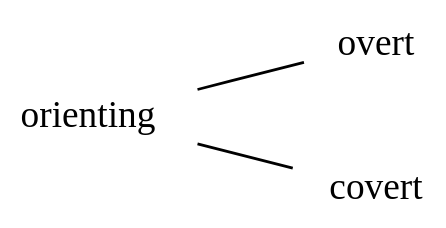
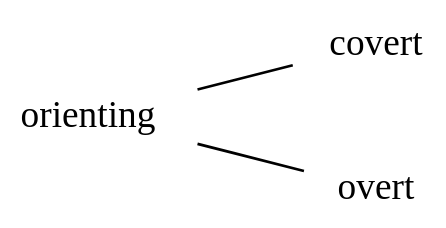
One commit to GermanoGallicchio/learning changed the first of 2 diagrams in JXHC_1055/04.qmd. Above: the diagram before and after it, drawn with Graphviz. The commit also changed other lines of this file, not shown here.

````diff
--- a/JXHC_1055/04.qmd
+++ b/JXHC_1055/04.qmd
@@ -162,10 +181,10 @@
 ```{dot}
 //| fig-width: 6
 digraph {
     node [shape=plaintext]
     edge [arrowhead=none]
     rankdir=LR
     bgcolor="transparent"
-    orienting -> {overt; covert}
+    orienting -> {covert; overt}
 }
 ```
````
